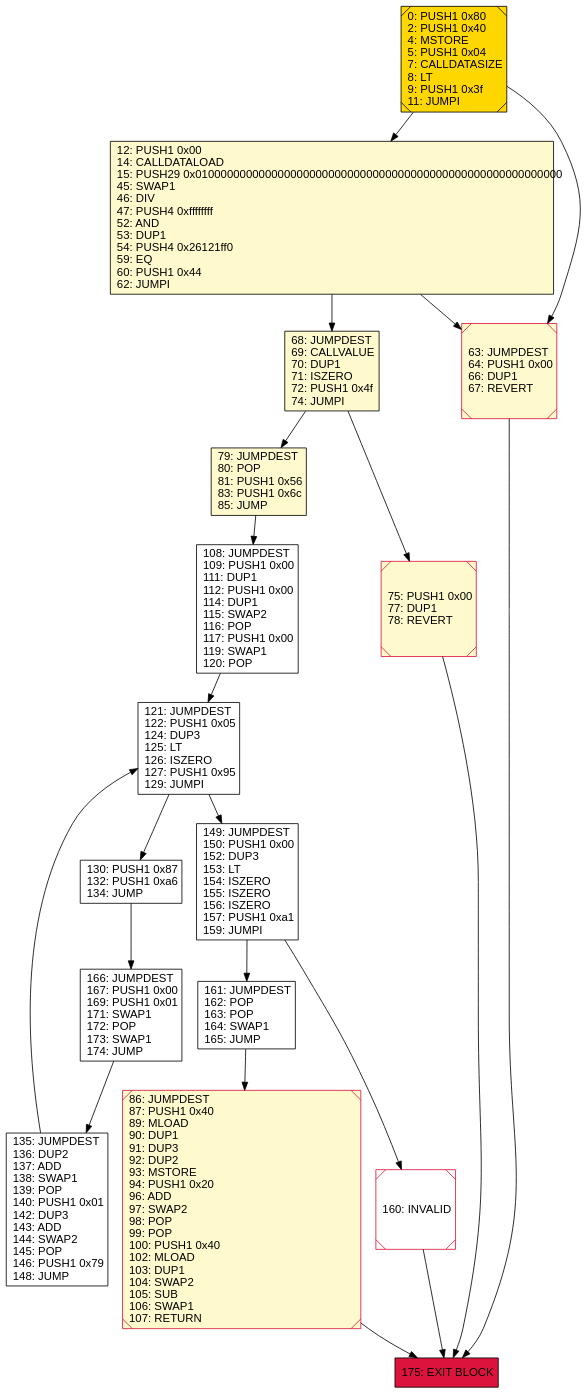
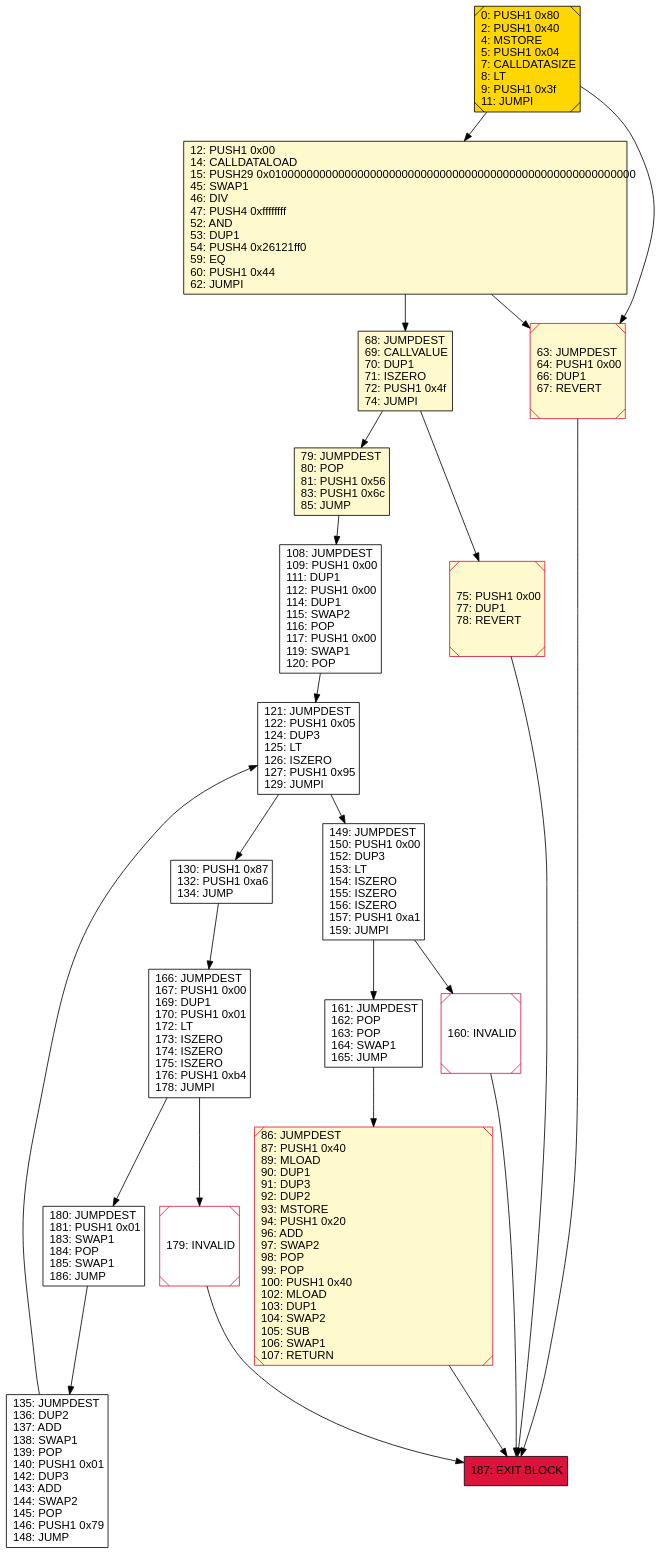
One commit to Michael-LiangAnze/iEvmOpt changed the diagram in iEvmOpt/Cfg/CfgOutput/test5_cfg.gv. Above: the diagram before and after it, drawn with Graphviz. The commit also changed 32 other files, not shown here.

```diff
--- a/iEvmOpt/Cfg/CfgOutput/test5_cfg.gv
+++ b/iEvmOpt/Cfg/CfgOutput/test5_cfg.gv
@@ -1,40 +1,45 @@
 digraph G {
 bgcolor=transparent rankdir=UD;
 node [shape=box style=filled color=black fillcolor=white fontname=arial fontcolor=black];
 68 [label="68: JUMPDEST\l69: CALLVALUE\l70: DUP1\l71: ISZERO\l72: PUSH1 0x4f\l74: JUMPI\l" fillcolor=lemonchiffon ];
 108 [label="108: JUMPDEST\l109: PUSH1 0x00\l111: DUP1\l112: PUSH1 0x00\l114: DUP1\l115: SWAP2\l116: POP\l117: PUSH1 0x00\l119: SWAP1\l120: POP\l" ];
 79 [label="79: JUMPDEST\l80: POP\l81: PUSH1 0x56\l83: PUSH1 0x6c\l85: JUMP\l" fillcolor=lemonchiffon ];
 86 [label="86: JUMPDEST\l87: PUSH1 0x40\l89: MLOAD\l90: DUP1\l91: DUP3\l92: DUP2\l93: MSTORE\l94: PUSH1 0x20\l96: ADD\l97: SWAP2\l98: POP\l99: POP\l100: PUSH1 0x40\l102: MLOAD\l103: DUP1\l104: SWAP2\l105: SUB\l106: SWAP1\l107: RETURN\l" fillcolor=lemonchiffon shape=Msquare color=crimson ];
 130 [label="130: PUSH1 0x87\l132: PUSH1 0xa6\l134: JUMP\l" ];
 75 [label="75: PUSH1 0x00\l77: DUP1\l78: REVERT\l" fillcolor=lemonchiffon shape=Msquare color=crimson ];
 135 [label="135: JUMPDEST\l136: DUP2\l137: ADD\l138: SWAP1\l139: POP\l140: PUSH1 0x01\l142: DUP3\l143: ADD\l144: SWAP2\l145: POP\l146: PUSH1 0x79\l148: JUMP\l" ];
-166 [label="166: JUMPDEST\l167: PUSH1 0x00\l169: PUSH1 0x01\l171: SWAP1\l172: POP\l173: SWAP1\l174: JUMP\l" ];
-175 [label="175: EXIT BLOCK\l" fillcolor=crimson ];
+179 [label="179: INVALID\l" shape=Msquare color=crimson ];
+180 [label="180: JUMPDEST\l181: PUSH1 0x01\l183: SWAP1\l184: POP\l185: SWAP1\l186: JUMP\l" ];
 0 [label="0: PUSH1 0x80\l2: PUSH1 0x40\l4: MSTORE\l5: PUSH1 0x04\l7: CALLDATASIZE\l8: LT\l9: PUSH1 0x3f\l11: JUMPI\l" fillcolor=lemonchiffon shape=Msquare fillcolor=gold ];
 149 [label="149: JUMPDEST\l150: PUSH1 0x00\l152: DUP3\l153: LT\l154: ISZERO\l155: ISZERO\l156: ISZERO\l157: PUSH1 0xa1\l159: JUMPI\l" ];
 12 [label="12: PUSH1 0x00\l14: CALLDATALOAD\l15: PUSH29 0x0100000000000000000000000000000000000000000000000000000000\l45: SWAP1\l46: DIV\l47: PUSH4 0xffffffff\l52: AND\l53: DUP1\l54: PUSH4 0x26121ff0\l59: EQ\l60: PUSH1 0x44\l62: JUMPI\l" fillcolor=lemonchiffon ];
 121 [label="121: JUMPDEST\l122: PUSH1 0x05\l124: DUP3\l125: LT\l126: ISZERO\l127: PUSH1 0x95\l129: JUMPI\l" ];
+166 [label="166: JUMPDEST\l167: PUSH1 0x00\l169: DUP1\l170: PUSH1 0x01\l172: LT\l173: ISZERO\l174: ISZERO\l175: ISZERO\l176: PUSH1 0xb4\l178: JUMPI\l" ];
 63 [label="63: JUMPDEST\l64: PUSH1 0x00\l66: DUP1\l67: REVERT\l" fillcolor=lemonchiffon shape=Msquare color=crimson ];
 161 [label="161: JUMPDEST\l162: POP\l163: POP\l164: SWAP1\l165: JUMP\l" ];
+187 [label="187: EXIT BLOCK\l" fillcolor=crimson ];
 160 [label="160: INVALID\l" shape=Msquare color=crimson ];
+63 -> 187;
 68 -> 79;
 79 -> 108;
-166 -> 135;
 0 -> 12;
-130 -> 166;
 121 -> 149;
-75 -> 175;
+160 -> 187;
+180 -> 135;
 12 -> 63;
 0 -> 63;
-86 -> 175;
 149 -> 161;
 68 -> 75;
 149 -> 160;
 108 -> 121;
-160 -> 175;
-63 -> 175;
+75 -> 187;
 12 -> 68;
+179 -> 187;
+166 -> 179;
+166 -> 180;
 121 -> 130;
+86 -> 187;
+130 -> 166;
 135 -> 121;
 161 -> 86;
 }
```
